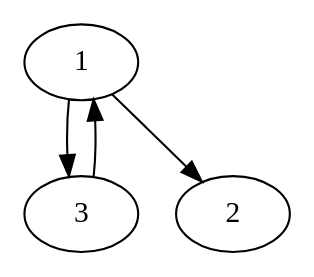
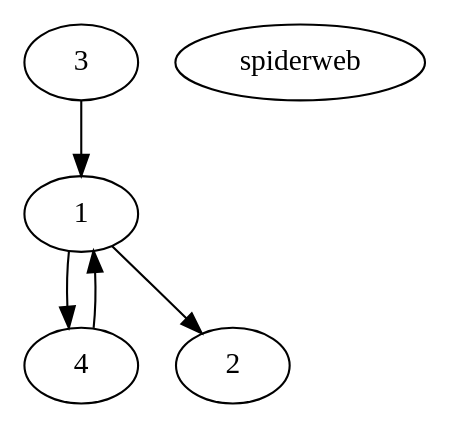
Before and after one commit to lifelike/gamebookformat: the diagram in expected/trade.dot, drawn with Graphviz. The commit also changed 9 other files, not shown here.

```diff
--- a/expected/trade.dot
+++ b/expected/trade.dot
@@ -1,5 +1,6 @@
 digraph gamebook {
-       1->3
+       1->4
  1->2
-3->1
+ spiderweb 3->1
+4->1
 }
```
